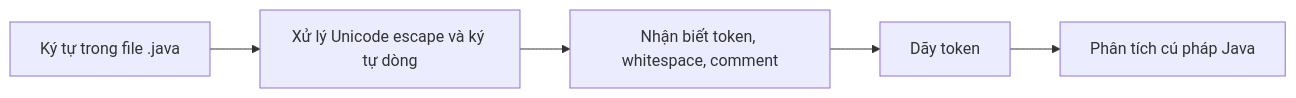
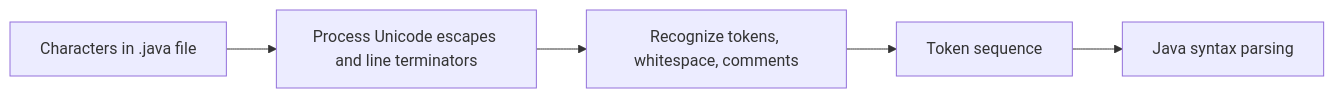
Before and after one commit to phuongnguyenit93/learning-platform-data: the diagram in module/platform/development/programming/language/java/core/language-basics/content/knowledge/en/4.java-vocabulary/java-vocabulary-006.md, drawn with Mermaid. The commit also changed other lines of this file and 2307 other files, not shown here.

```diff
--- a/module/platform/development/programming/language/java/core/language-basics/content/knowledge/en/4.java-vocabulary/java-vocabulary-006.md
+++ b/module/platform/development/programming/language/java/core/language-basics/content/knowledge/en/4.java-vocabulary/java-vocabulary-006.md
@@ -19,7 +19,7 @@
 ~~~mermaid
 flowchart LR
-    A["Ký tự trong file .java"] --> B["Xử lý Unicode escape và ký tự dòng"]
-    B --> C["Nhận biết token, whitespace, comment"]
-    C --> D["Dãy token"]
-    D --> E["Phân tích cú pháp Java"]
+    A["Characters in .java file"] --> B["Process Unicode escapes and line terminators"]
+    B --> C["Recognize tokens, whitespace, comments"]
+    C --> D["Token sequence"]
+    D --> E["Java syntax parsing"]
 ~~~
```
